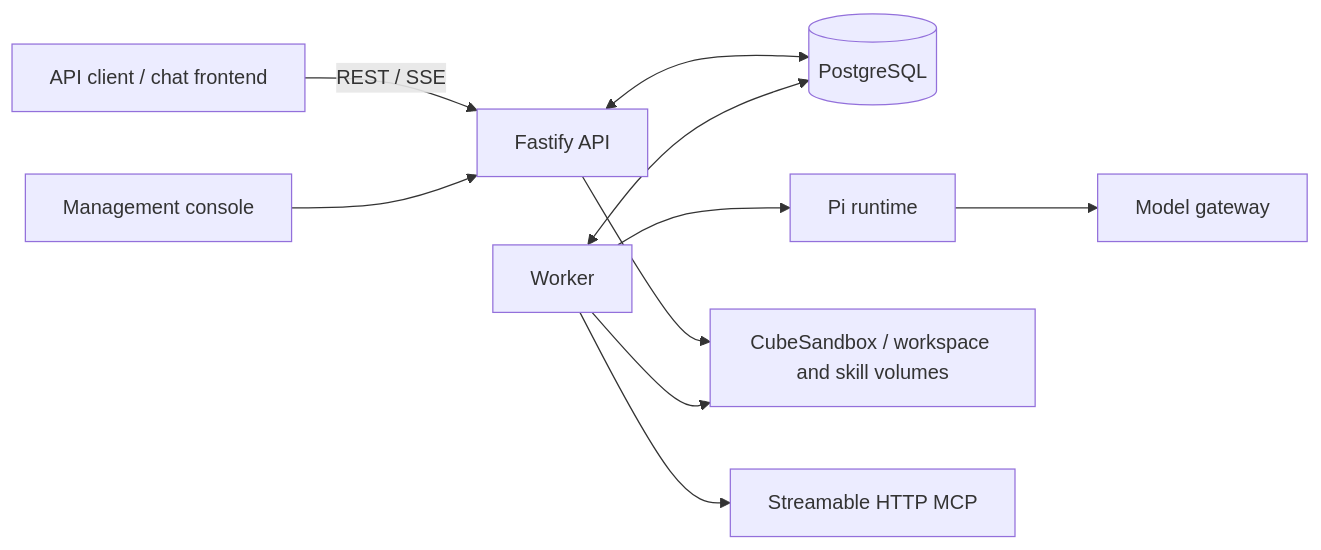
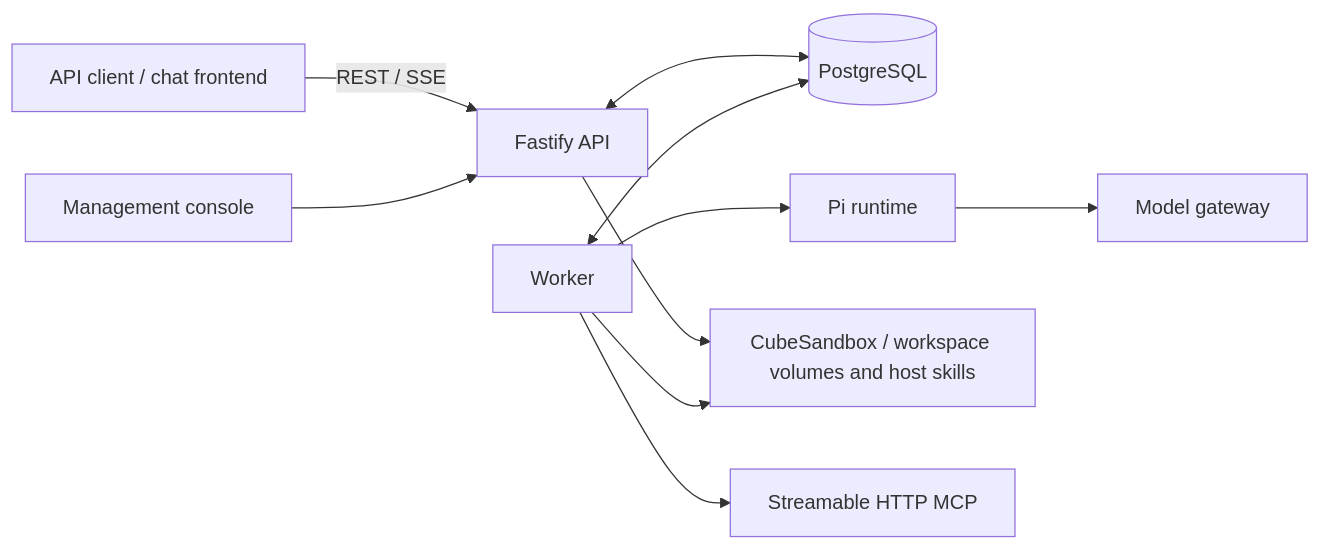
Before and after one commit to Garhorne0813/pi-flow: the diagram in README.md, drawn with Mermaid. The commit also changed other lines of this file and 11 other files, not shown here.

Commit message:
fix: default skill mounts to hostPath

````diff
--- a/README.md
+++ b/README.md
@@ -86,12 +86,12 @@
 ```mermaid
 flowchart LR
     Client[API client / chat frontend] -->|REST / SSE| API[Fastify API]
     Console[Management console] --> API
     API <--> DB[(PostgreSQL)]
     Worker[Worker] <--> DB
     Worker --> Pi[Pi runtime]
     Pi --> Gateway[Model gateway]
-    API --> Cube[CubeSandbox / workspace and skill volumes]
+    API --> Cube[CubeSandbox / workspace volumes and host skills]
     Worker --> Cube
     Worker --> MCP[Streamable HTTP MCP]
 ```
````
